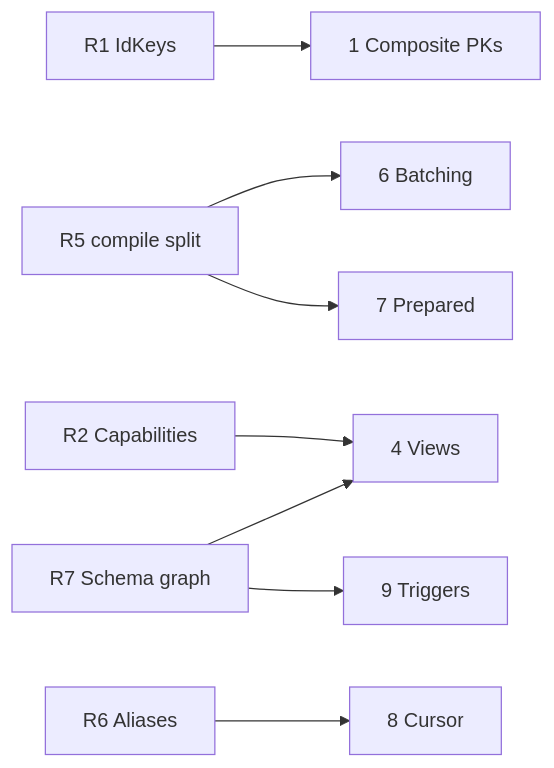
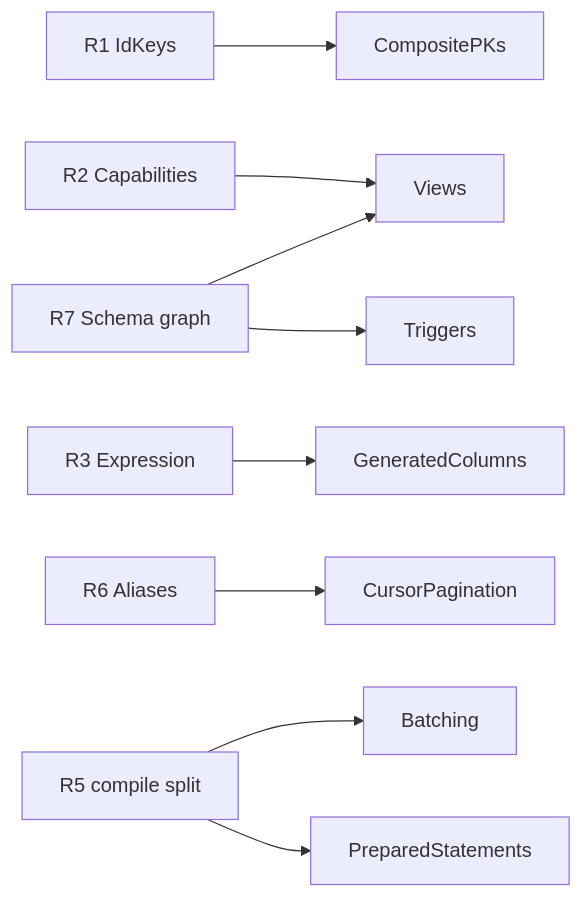
Before and after one commit to rogerpadilla/uql: the diagram in roadmap.md, drawn with Mermaid. The commit also changed other lines of this file, not shown here.

Commit message:
docs: roadmap section order is the plan

````diff
--- a/roadmap.md
+++ b/roadmap.md
@@ -156,10 +126,11 @@
 ```mermaid
 graph LR
-  R1[R1 IdKeys] --> F1[1 Composite PKs]
-  R2[R2 Capabilities] --> F4[4 Views]
-  R5[R5 compile split] --> F6[6 Batching]
-  R5 --> F7[7 Prepared]
-  R6[R6 Aliases] --> F8[8 Cursor]
-  R7[R7 Schema graph] --> F4
-  R7 --> F9[9 Triggers]
+  R1[R1 IdKeys] --> CompositePKs
+  R2[R2 Capabilities] --> Views
+  R7[R7 Schema graph] --> Views
+  R7 --> Triggers
+  R3[R3 Expression] --> GeneratedColumns
+  R6[R6 Aliases] --> CursorPagination
+  R5[R5 compile split] --> Batching
+  R5 --> PreparedStatements
 ```
````
